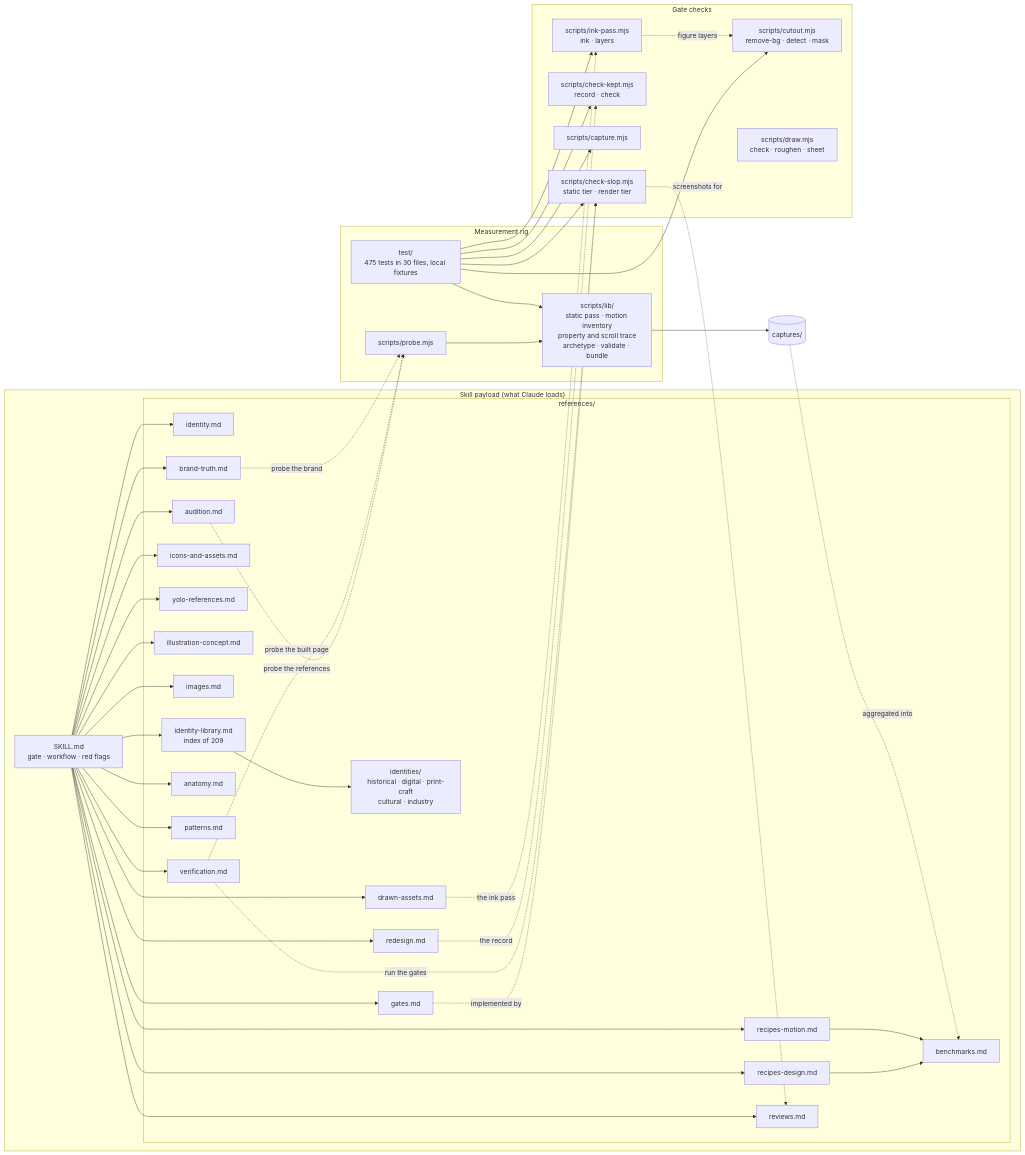
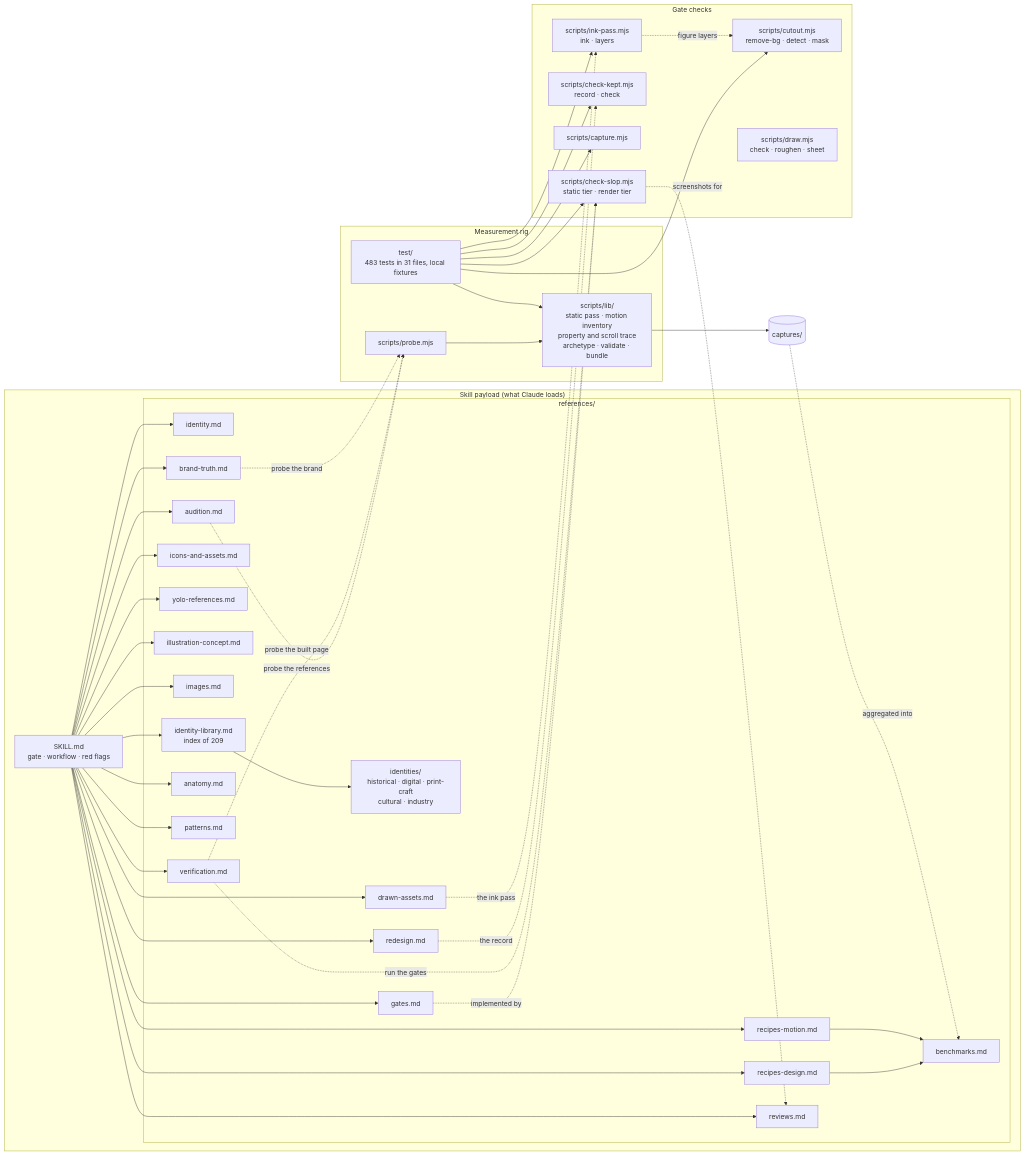
Before and after one commit to jounimn/df-design: the second of 2 diagrams in README.md, drawn with Mermaid. The commit also changed other lines of this file and 7 other files, not shown here.

````diff
--- a/README.md
+++ b/README.md
@@ -183,56 +183,56 @@
 ```mermaid
 flowchart LR
     subgraph Skill["Skill payload (what Claude loads)"]
         SK["SKILL.md<br/>gate · workflow · red flags"]
         subgraph Refs["references/"]
             ID["identity.md"]
             AUD["audition.md"]
             LIB["identity-library.md<br/>index of 209"]
             FAM["identities/<br/>historical · digital · print-craft<br/>cultural · industry"]
             RD["recipes-design.md"]
             RM["recipes-motion.md"]
             IC["icons-and-assets.md"]
             DRA["drawn-assets.md"]
             YRF["yolo-references.md"]
             ILC["illustration-concept.md"]
             IMG["images.md"]
             VER["verification.md"]
             BEN["benchmarks.md"]
             ANA["anatomy.md"]
             GAT["gates.md"]
             PAT["patterns.md"]
             REV["reviews.md"]
             RED["redesign.md"]
             BRT["brand-truth.md"]
         end
     end
     subgraph Rig["Measurement rig"]
         PRB["scripts/probe.mjs"]
         LIBS["scripts/lib/<br/>static pass · motion inventory<br/>property and scroll trace<br/>archetype · validate · bundle"]
-        TST["test/<br/>475 tests in 30 files, local fixtures"]
+        TST["test/<br/>483 tests in 31 files, local fixtures"]
     end
     subgraph Gates["Gate checks"]
         CSL["scripts/check-slop.mjs<br/>static tier · render tier"]
         CKP["scripts/check-kept.mjs<br/>record · check"]
         CPT["scripts/capture.mjs"]
         CUT["scripts/cutout.mjs<br/>remove-bg · detect · mask"]
         DRW["scripts/draw.mjs<br/>check · roughen · sheet"]
         INK["scripts/ink-pass.mjs<br/>ink · layers"]
     end
     SK --> ID & AUD & LIB & RD & RM & IC & DRA & IMG & VER & ANA & GAT & PAT & REV & RED & BRT & YRF & ILC
     LIB --> FAM
     RD & RM --> BEN
     PRB --> LIBS
     LIBS --> CAP[("captures/")]
     CAP -. "aggregated into" .-> BEN
     AUD -. "probe the references" .-> PRB
     VER -. "probe the built page" .-> PRB
     GAT -. "implemented by" .-> CSL
     VER -. "run the gates" .-> CSL
     RED -. "the record" .-> CKP
     BRT -. "probe the brand" .-> PRB
     CSL -. "screenshots for" .-> REV
     TST --> LIBS & CSL & CKP & CPT & CUT & INK
     DRA -. "the ink pass" .-> INK
     INK -. "figure layers" .-> CUT
 ```
````
